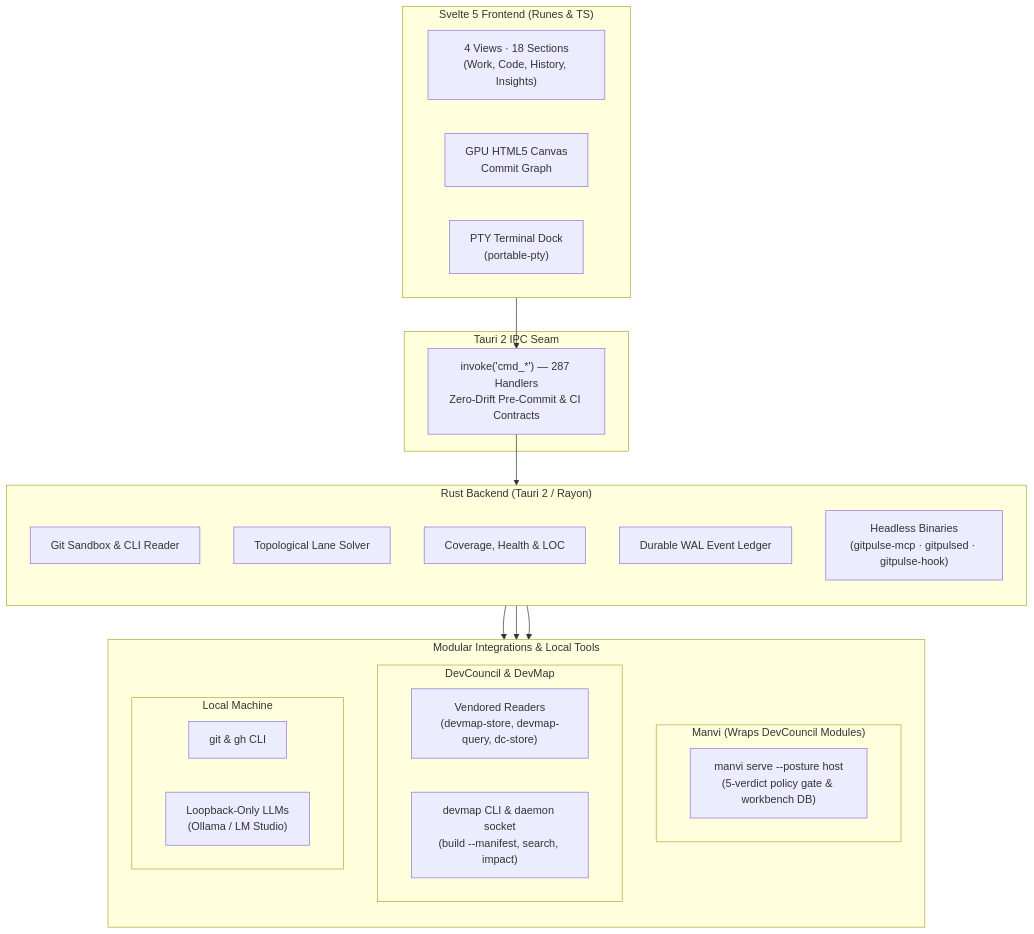
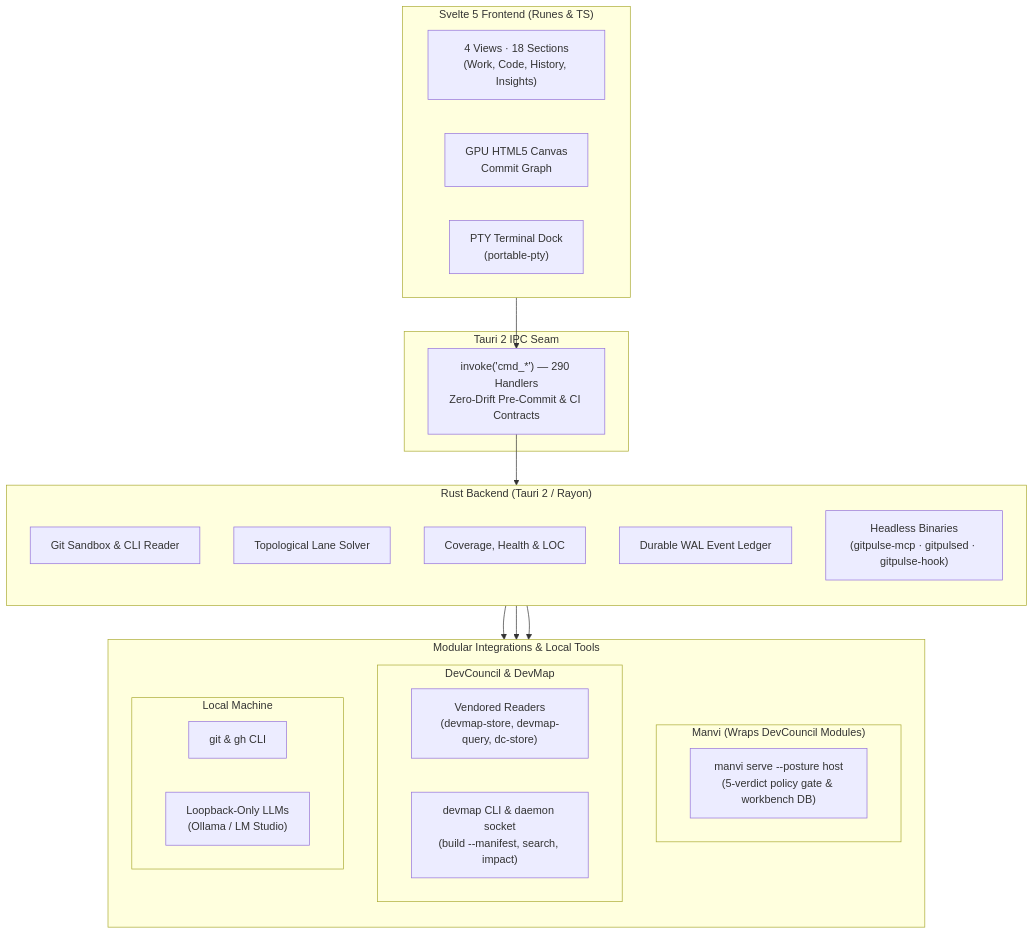
One commit to bharathvbcr/GitPulse changed the diagram in README.md. Above: the diagram before and after it, drawn with Mermaid. The commit also changed 22 other files, not shown here.

First line of the commit message:
feat(storage): user-clicked, gated commit-graph write from the Storage panel

````diff
--- a/README.md
+++ b/README.md
@@ -123,43 +123,43 @@
 ```mermaid
 flowchart TB
     subgraph Frontend["Svelte 5 Frontend (Runes & TS)"]
         direction LR
         Views["4 Views · 18 Sections<br/>(Work, Code, History, Insights)"]
         Canvas["GPU HTML5 Canvas<br/>Commit Graph"]
         TerminalDock["PTY Terminal Dock<br/>(portable-pty)"]
     end
 
     subgraph IPC["Tauri 2 IPC Seam"]
-        Bridge["invoke('cmd_*') — 287 Handlers<br/>Zero-Drift Pre-Commit & CI Contracts"]
+        Bridge["invoke('cmd_*') — 290 Handlers<br/>Zero-Drift Pre-Commit & CI Contracts"]
     end
 
     subgraph Backend["Rust Backend (Tauri 2 / Rayon)"]
         direction TB
         GitEngine["Git Sandbox & CLI Reader"]
         LaneSolver["Topological Lane Solver"]
         Analyzers["Coverage, Health & LOC"]
         Ledger["Durable WAL Event Ledger"]
         Headless["Headless Binaries<br/>(gitpulse-mcp · gitpulsed · gitpulse-hook)"]
     end
 
     subgraph Integrations["Modular Integrations & Local Tools"]
         direction TB
         subgraph ManviWrap["Manvi (Wraps DevCouncil Modules)"]
             ManviSidecar["manvi serve --posture host<br/>(5-verdict policy gate & workbench DB)"]
         end
         subgraph DevCouncilMods["DevCouncil & DevMap"]
             Vendored["Vendored Readers<br/>(devmap-store, devmap-query, dc-store)"]
             DevMapCLI["devmap CLI & daemon socket<br/>(build --manifest, search, impact)"]
         end
         subgraph LocalTools["Local Machine"]
             CLI["git & gh CLI"]
             LocalLLM["Loopback-Only LLMs<br/>(Ollama / LM Studio)"]
         end
     end
 
     Frontend --> Bridge
     Bridge --> Backend
     Backend --> ManviWrap
     Backend --> DevCouncilMods
     Backend --> LocalTools
 ```
````
